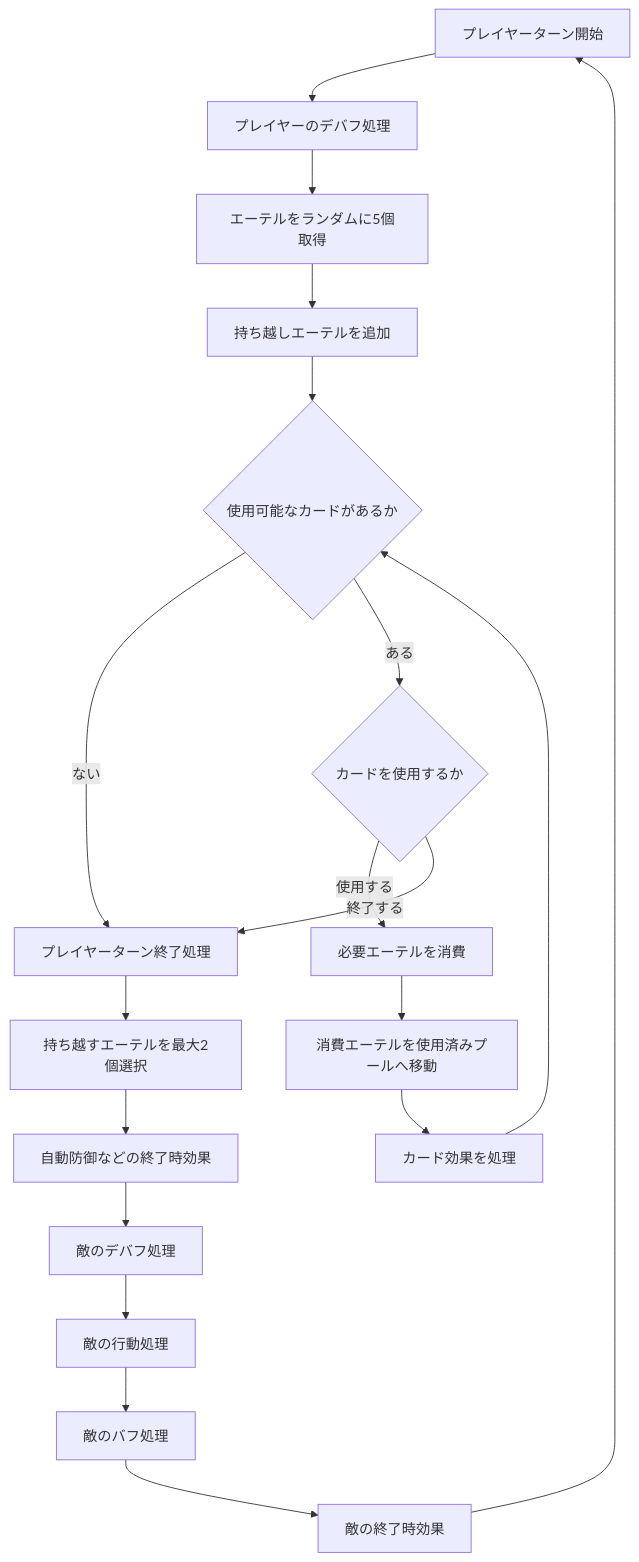
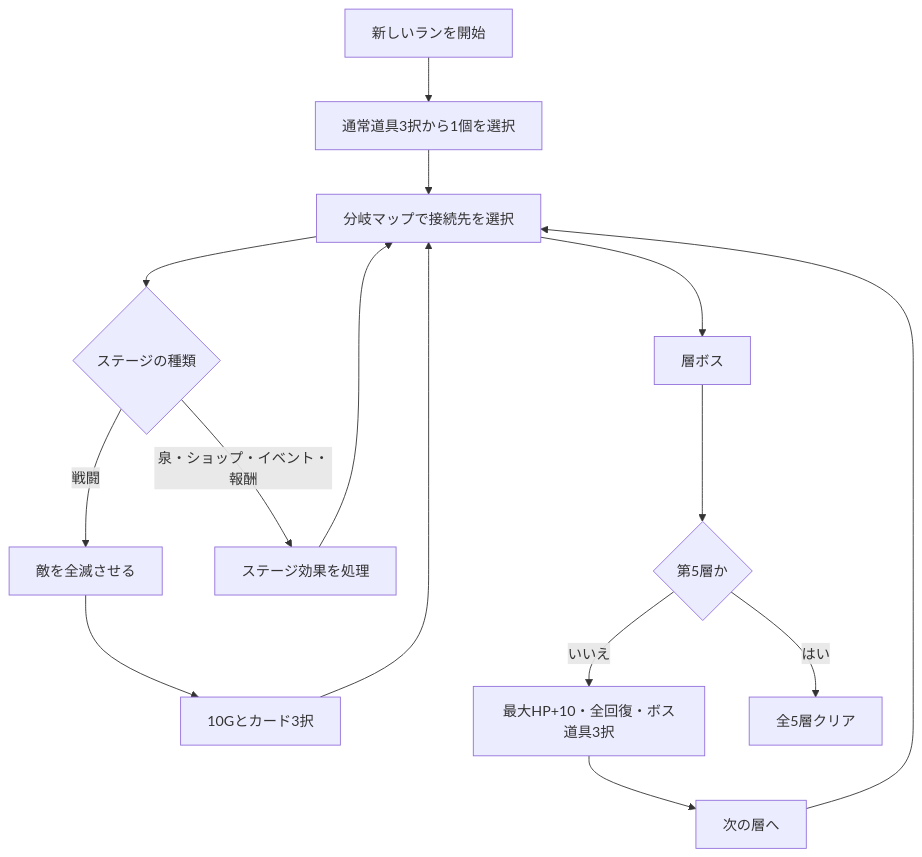
The diagram in LostPage企画草案.md (rain08080-0o0x/LostPage), drawn with Mermaid before and after one commit. The commit also changed other lines of this file and 1 other file, not shown here.

````diff
--- a/LostPage企画草案.md
+++ b/LostPage企画草案.md
@@ -229,24 +41,17 @@
 ```mermaid
 flowchart TD
-    A[プレイヤーターン開始] --> B[プレイヤーのデバフ処理]
-    B --> C[エーテルをランダムに5個取得]
-    C --> D[持ち越しエーテルを追加]
-    D --> E{使用可能なカードがあるか}
-
-    E -- ない --> J[プレイヤーターン終了処理]
-    E -- ある --> F{カードを使用するか}
-
-    F -- 使用する --> G[必要エーテルを消費]
-    G --> H[消費エーテルを使用済みプールへ移動]
-    H --> I[カード効果を処理]
-    I --> E
-
-    F -- 終了する --> J
-    J --> K[持ち越すエーテルを最大2個選択]
-    K --> L[自動防御などの終了時効果]
-    L --> M[敵のデバフ処理]
-    M --> N[敵の行動処理]
-    N --> O[敵のバフ処理]
-    O --> P[敵の終了時効果]
-    P --> A
+    A["新しいランを開始"] --> B["通常道具3択から1個を選択"]
+    B --> C["分岐マップで接続先を選択"]
+    C --> D{"ステージの種類"}
+    D -->|戦闘| E["敵を全滅させる"]
+    D -->|泉・ショップ・イベント・報酬| F["ステージ効果を処理"]
+    E --> G["10Gとカード3択"]
+    F --> C
+    G --> C
+    C --> H["層ボス"]
+    H --> I{"第5層か"}
+    I -->|いいえ| J["最大HP+10・全回復・ボス道具3択"]
+    J --> K["次の層へ"]
+    K --> C
+    I -->|はい| L["全5層クリア"]
 ```
````
